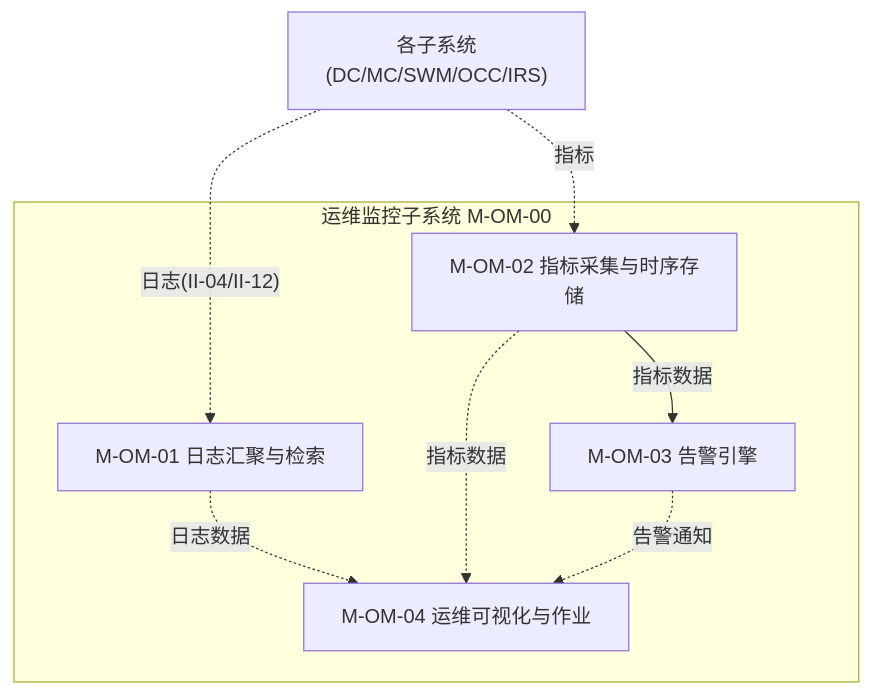
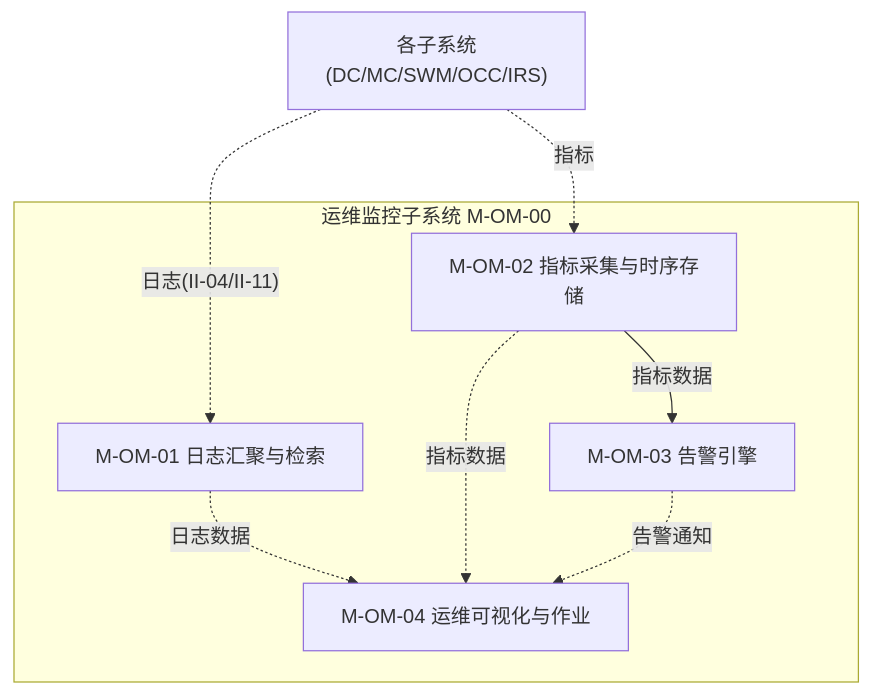
Before and after one commit to Sj-g/obsidian: diagram 39 of 49 in 公司项目/认知作战/文档/软件概要设计-架构图.md, drawn with Mermaid. The commit also changed other lines of this file, not shown here.

````diff
--- a/公司项目/认知作战/文档/软件概要设计-架构图.md
+++ b/公司项目/认知作战/文档/软件概要设计-架构图.md
@@ -710,17 +753,17 @@
 ```mermaid
 flowchart TB
     subgraph OM["运维监控子系统 M-OM-00"]
         OM1["M-OM-01 日志汇聚与检索"]
         OM2["M-OM-02 指标采集与时序存储"]
         OM3["M-OM-03 告警引擎"]
         OM4["M-OM-04 运维可视化与作业"]
 
         OM1 -.->|"日志数据"| OM4
         OM2 -->|"指标数据"| OM3
         OM2 -.->|"指标数据"| OM4
         OM3 -.->|"告警通知"| OM4
     end
 
-    ALL["各子系统<br/>(DC/MC/SWM/OCC/IRS)"] -.->|"日志(II-04/II-12)"| OM1
+    ALL["各子系统<br/>(DC/MC/SWM/OCC/IRS)"] -.->|"日志(II-04/II-11)"| OM1
     ALL -.->|"指标"| OM2
 ```
````
